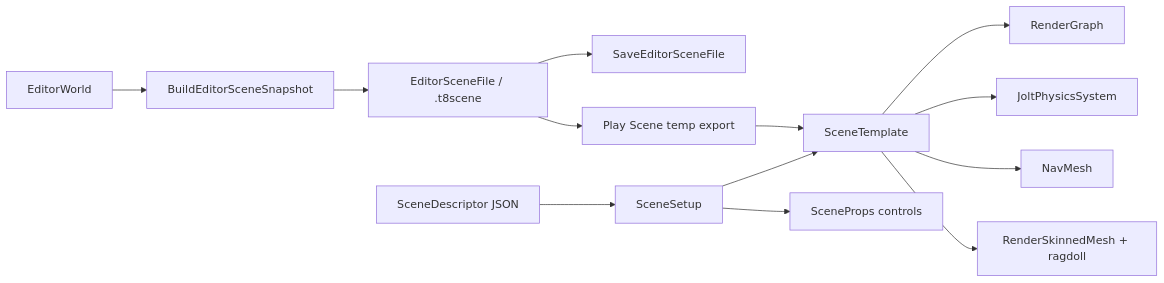
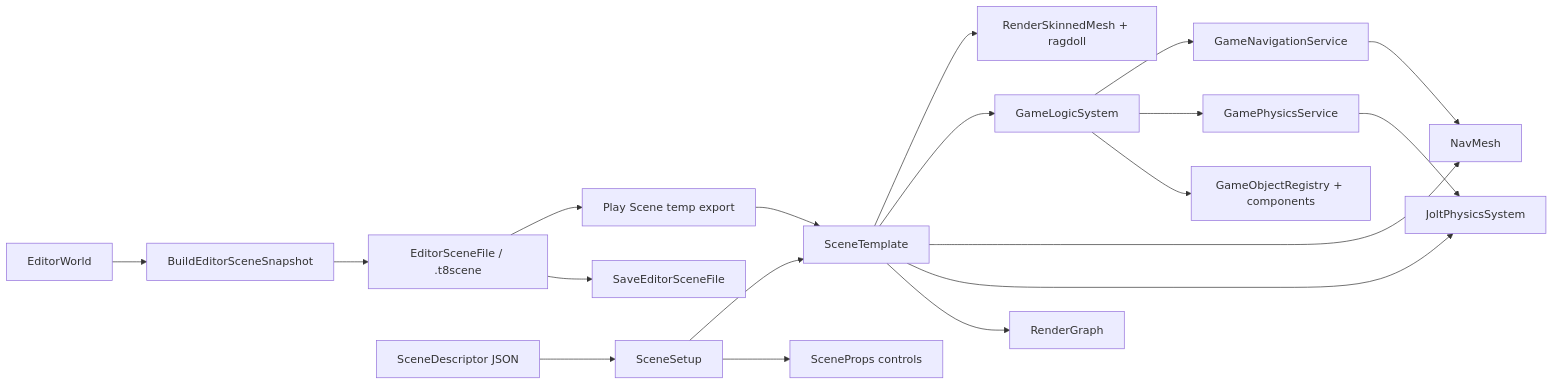
The eighth of 10 diagrams in documentation/dependency-map.md (0Camus0/T850), drawn with Mermaid before and after one commit. The commit also changed other lines of this file and 167 other files, not shown here.

````diff
--- a/documentation/dependency-map.md
+++ b/documentation/dependency-map.md
@@ -306,15 +308,21 @@
 ```mermaid
 flowchart LR
   EditorWorld["EditorWorld"] --> Snapshot["BuildEditorSceneSnapshot"]
   Snapshot --> SceneFile["EditorSceneFile / .t8scene"]
   SceneFile --> Save["SaveEditorSceneFile"]
   SceneFile --> PlayScene["Play Scene temp export"]
   PlayScene --> SceneTemplate["SceneTemplate"]
   SceneTemplate --> RenderGraph["RenderGraph"]
   SceneTemplate --> Physics["JoltPhysicsSystem"]
   SceneTemplate --> Navigation["NavMesh"]
+  SceneTemplate --> GameLogic["GameLogicSystem"]
+  GameLogic --> Registry["GameObjectRegistry + components"]
+  GameLogic --> GamePhysics["GamePhysicsService"]
+  GameLogic --> GameNavigation["GameNavigationService"]
+  GamePhysics --> Physics
+  GameNavigation --> Navigation
   SceneTemplate --> Ragdoll["RenderSkinnedMesh + ragdoll"]
   SceneDescriptor["SceneDescriptor JSON"] --> SceneSetup["SceneSetup"]
   SceneSetup --> SceneProps["SceneProps controls"]
   SceneSetup --> SceneTemplate
 ```
````
